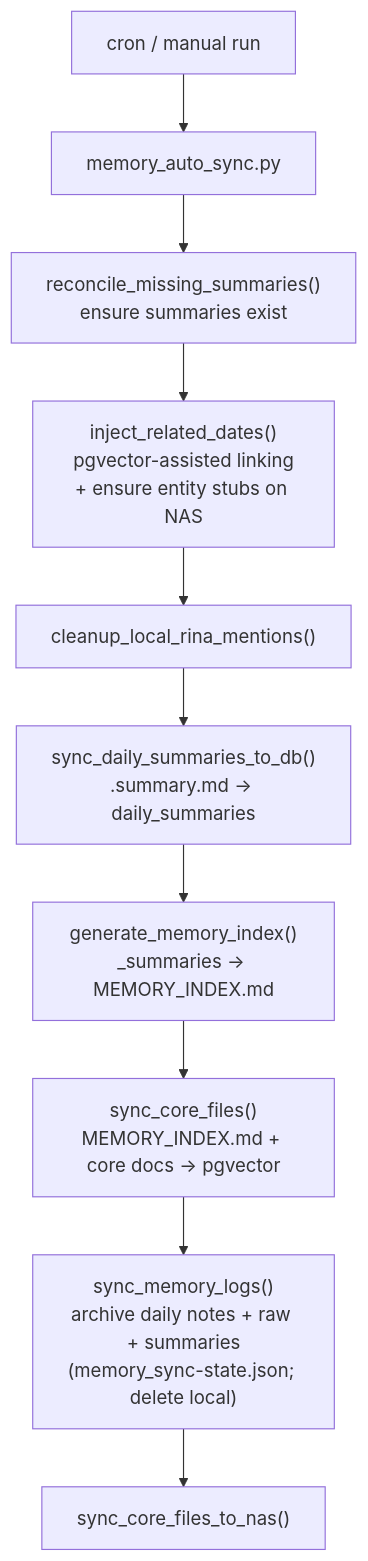
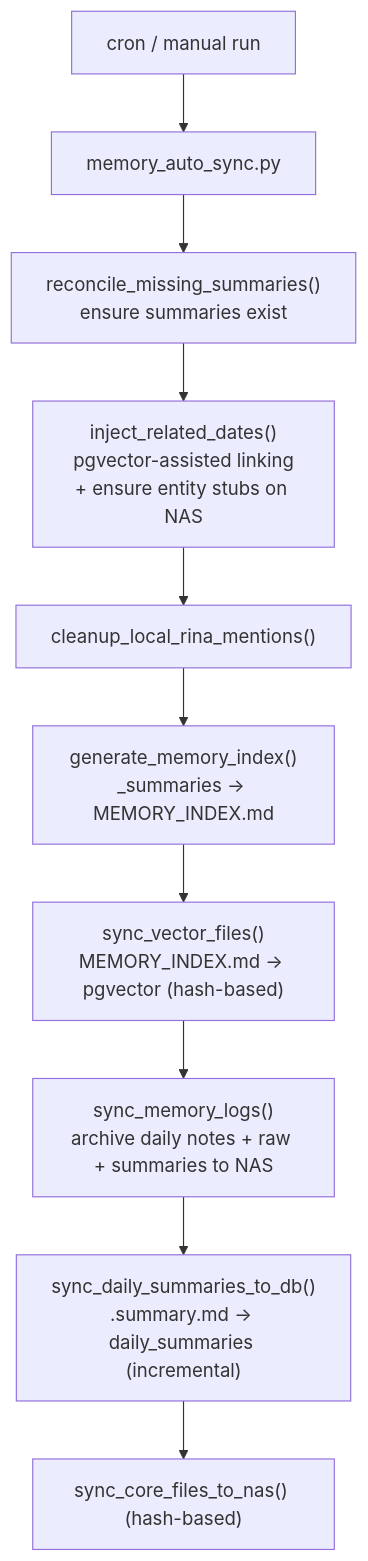
Before and after one commit to nouverse-tech/nouva-mcp-server: the second of 5 diagrams in src/skills/memory_engine/ARCHITECTURE.md, drawn with Mermaid. The commit also changed other lines of this file and 6 other files, not shown here.

First line of the commit message:
chore: refactor memory sync pipeline for incremental updates

````diff
--- a/src/skills/memory_engine/ARCHITECTURE.md
+++ b/src/skills/memory_engine/ARCHITECTURE.md
@@ -115,13 +115,13 @@
 ```mermaid
 flowchart TD
   CRON["cron / manual run"] --> AS["memory_auto_sync.py"]
 
   AS --> S1["reconcile_missing_summaries()\nensure summaries exist"]
   S1 --> S1b["inject_related_dates()\npgvector-assisted linking\n+ ensure entity stubs on NAS"]
   S1b --> S2["cleanup_local_rina_mentions()"]
-  S2 --> S3["sync_daily_summaries_to_db()\n.summary.md -> daily_summaries"]
-  S3 --> S4["generate_memory_index()\n_summaries -> MEMORY_INDEX.md"]
-  S4 --> S5["sync_core_files()\nMEMORY_INDEX.md + core docs -> pgvector"]
-  S5 --> S6["sync_memory_logs()\narchive daily notes + raw + summaries\n(memory_sync-state.json; delete local)"]
-  S6 --> S7["sync_core_files_to_nas()"]
+  S2 --> S3["generate_memory_index()\n_summaries -> MEMORY_INDEX.md"]
+  S3 --> S4["sync_vector_files()\nMEMORY_INDEX.md -> pgvector (hash-based)"]
+  S4 --> S5["sync_memory_logs()\narchive daily notes + raw + summaries to NAS"]
+  S5 --> S6["sync_daily_summaries_to_db()\n.summary.md -> daily_summaries (incremental)"]
+  S6 --> S7["sync_core_files_to_nas() (hash-based)"]
 ```
````
